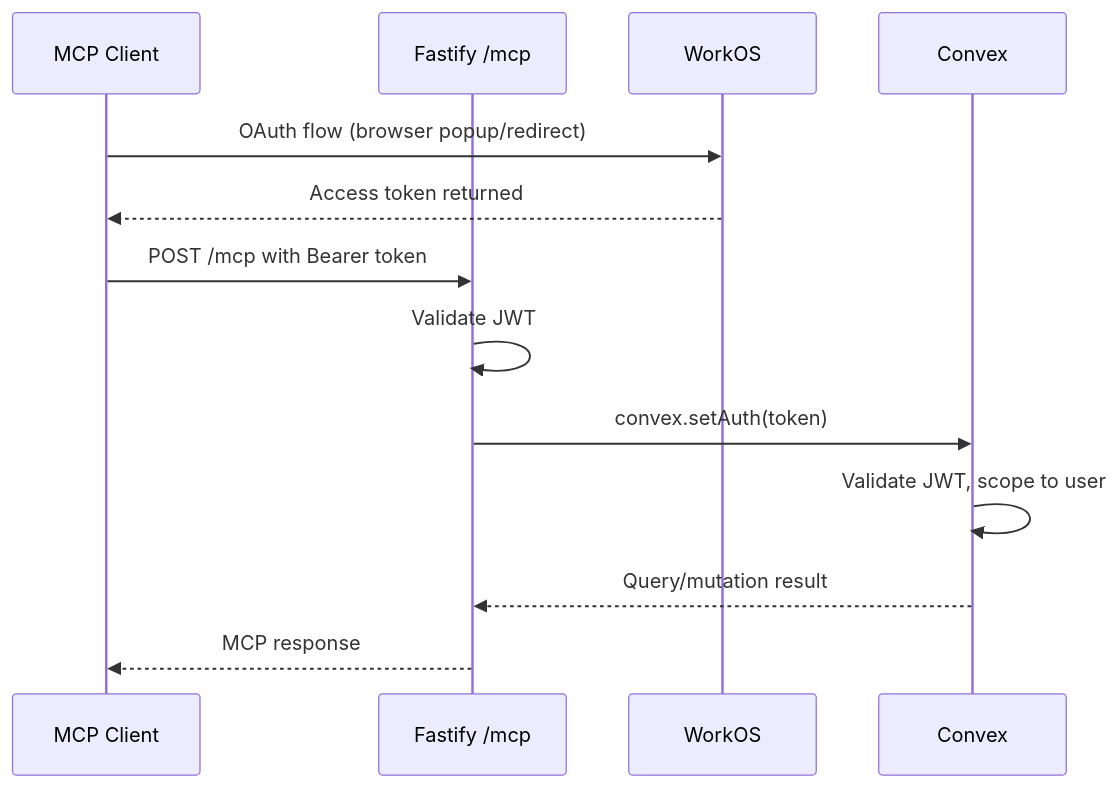
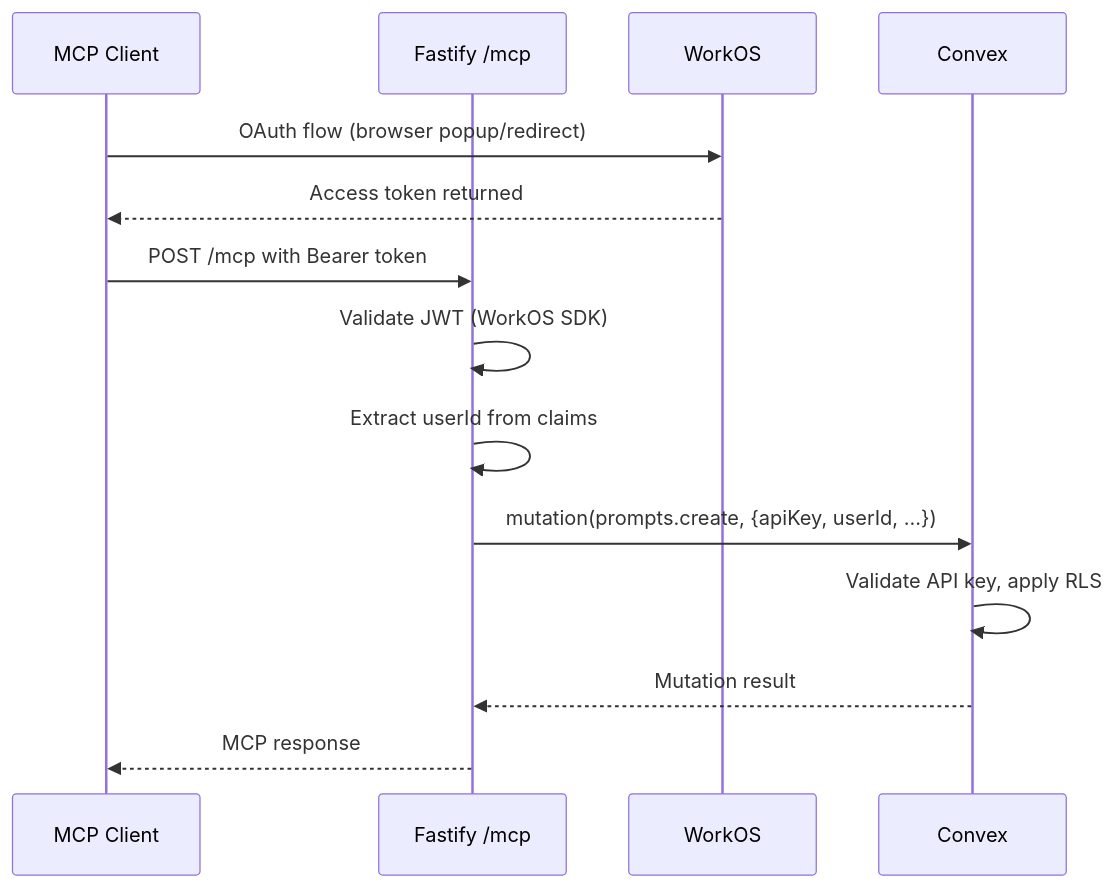
The third of 6 diagrams in docs/architecture.md (liminal-ai/liminaldb), drawn with Mermaid before and after one commit. The commit also changed other lines of this file and 28 other files, not shown here.

First line of the commit message:
Add auth architecture, design, TDD skeleton and red phase tests

````diff
--- a/docs/architecture.md
+++ b/docs/architecture.md
@@ -322,16 +327,17 @@
 ```mermaid
 sequenceDiagram
     participant M as MCP Client
     participant F as Fastify /mcp
     participant W as WorkOS
     participant C as Convex
 
     M->>W: OAuth flow (browser popup/redirect)
     W-->>M: Access token returned
     M->>F: POST /mcp with Bearer token
-    F->>F: Validate JWT
-    F->>C: convex.setAuth(token)
-    C->>C: Validate JWT, scope to user
-    C-->>F: Query/mutation result
+    F->>F: Validate JWT (WorkOS SDK)
+    F->>F: Extract userId from claims
+    F->>C: mutation(prompts.create, {apiKey, userId, ...})
+    C->>C: Validate API key, apply RLS
+    C-->>F: Mutation result
     F-->>M: MCP response
 ```
````
